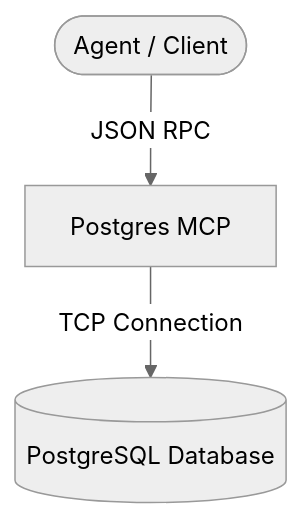
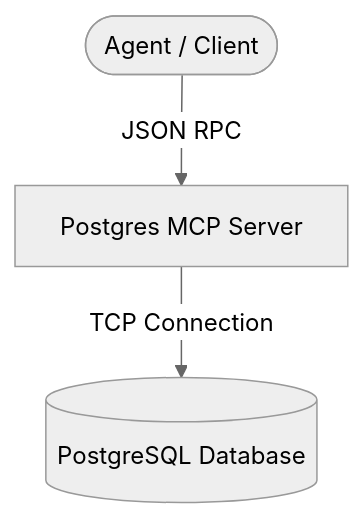
Before and after one commit to rauseoj89/Agy-MCP: the diagram in mcp-blueprints/postgres-mcp/BLUEPRINT.md, drawn with Mermaid (neutral theme). The commit also changed other lines of this file and 14 other files, not shown here.

Commit message:
fix(mcp-bp): replace nonexistent packages, standardize schemas, and retire nas-tools

````diff
--- a/mcp-blueprints/postgres-mcp/BLUEPRINT.md
+++ b/mcp-blueprints/postgres-mcp/BLUEPRINT.md
@@ -9,5 +13,5 @@
 ```mermaid
 graph TD
-    Agent([Agent / Client]) -->|JSON RPC| MCP[Postgres MCP]
+    Agent([Agent / Client]) -->|JSON RPC| MCP[Postgres MCP Server]
     MCP -->|TCP Connection| DB[(PostgreSQL Database)]
 ```
````
